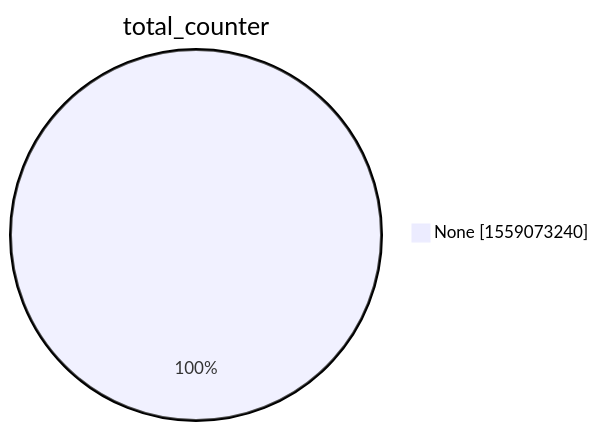
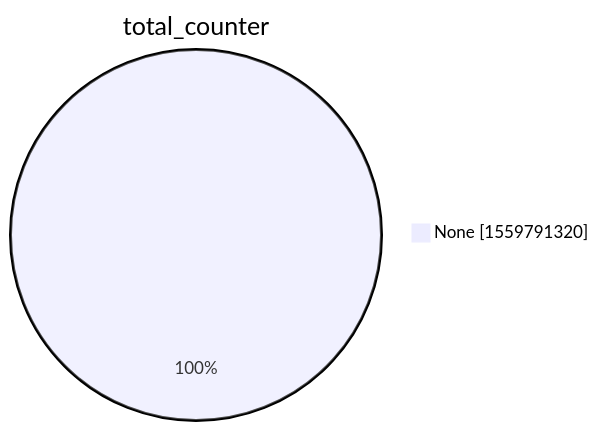
One commit to christiankrug/ctmonitor_visualization changed the second of 15 diagrams in xenon2022/README.md. Above: the diagram before and after it, drawn with Mermaid. The commit also changed other lines of this file, not shown here.

````diff
--- a/xenon2022/README.md
+++ b/xenon2022/README.md
@@ -9,5 +9,5 @@
 ```mermaid
 pie showData
 title total_counter
-"None" :1559073240
+"None" :1559791320
 ```
````
